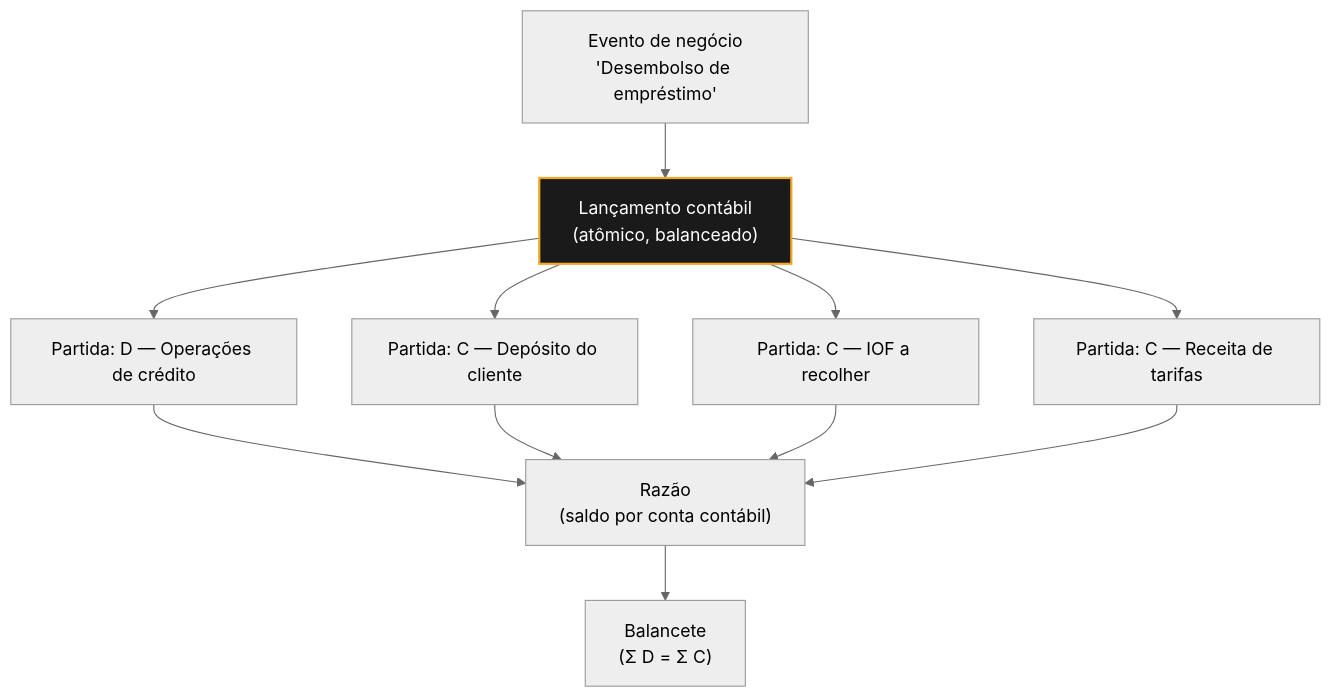
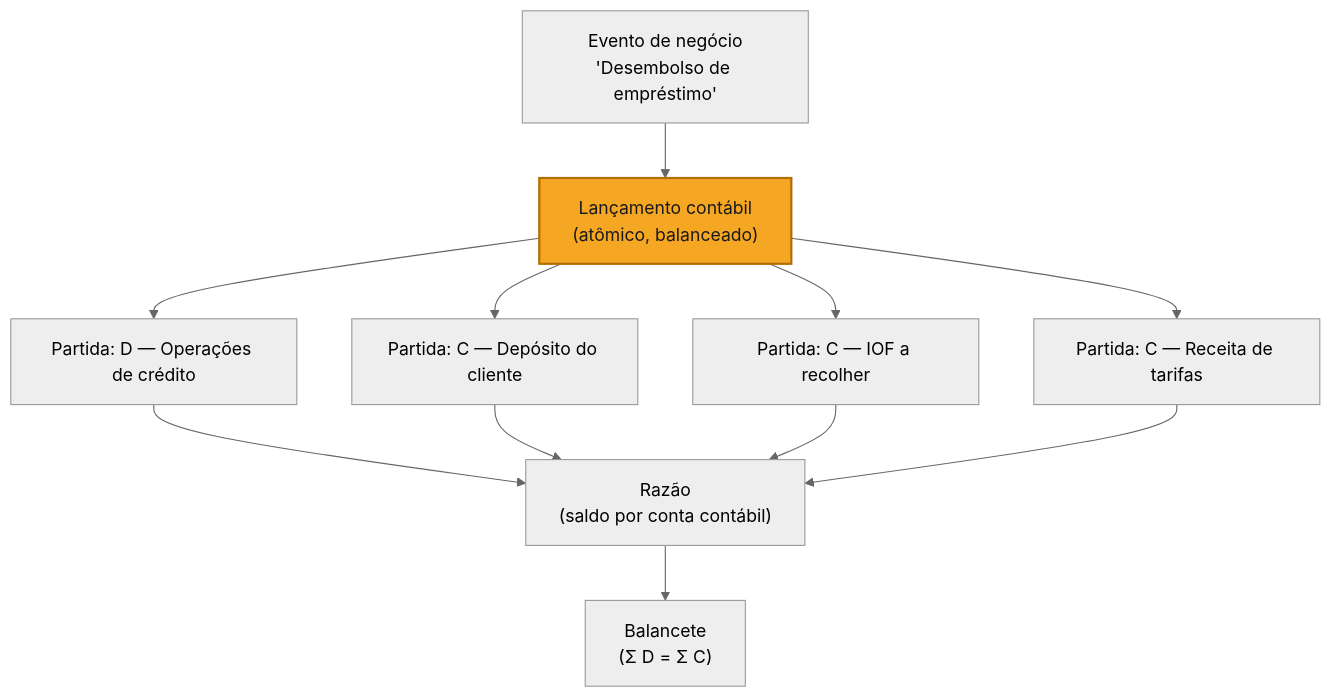
Before and after one commit to danielbfr3/sobre_aws: the fourth of 23 diagrams in apostila-sistema-financeiro-brasileiro-dev.md, drawn with Mermaid (neutral theme). The commit also changed other lines of this file, not shown here.

````diff
--- a/apostila-sistema-financeiro-brasileiro-dev.md
+++ b/apostila-sistema-financeiro-brasileiro-dev.md
@@ -558,16 +663,17 @@
 ```mermaid
 graph TB
+    classDef destaque fill:#f5a623,stroke:#b36d00,color:#1a1a1a,stroke-width:2px
     EV["Evento de negócio<br/>'Desembolso de empréstimo'"] --> LC["Lançamento contábil<br/>(atômico, balanceado)"]
     LC --> P1["Partida: D — Operações de crédito"]
     LC --> P2["Partida: C — Depósito do cliente"]
     LC --> P3["Partida: C — IOF a recolher"]
     LC --> P4["Partida: C — Receita de tarifas"]
 
     P1 --> RZ["Razão<br/>(saldo por conta contábil)"]
     P2 --> RZ
     P3 --> RZ
     P4 --> RZ
     RZ --> BAL["Balancete<br/>(Σ D = Σ C)"]
 
-    style LC fill:#1a1a1a,color:#fff,stroke:#f5a623,stroke-width:2px
+    class LC destaque
 ```
````
